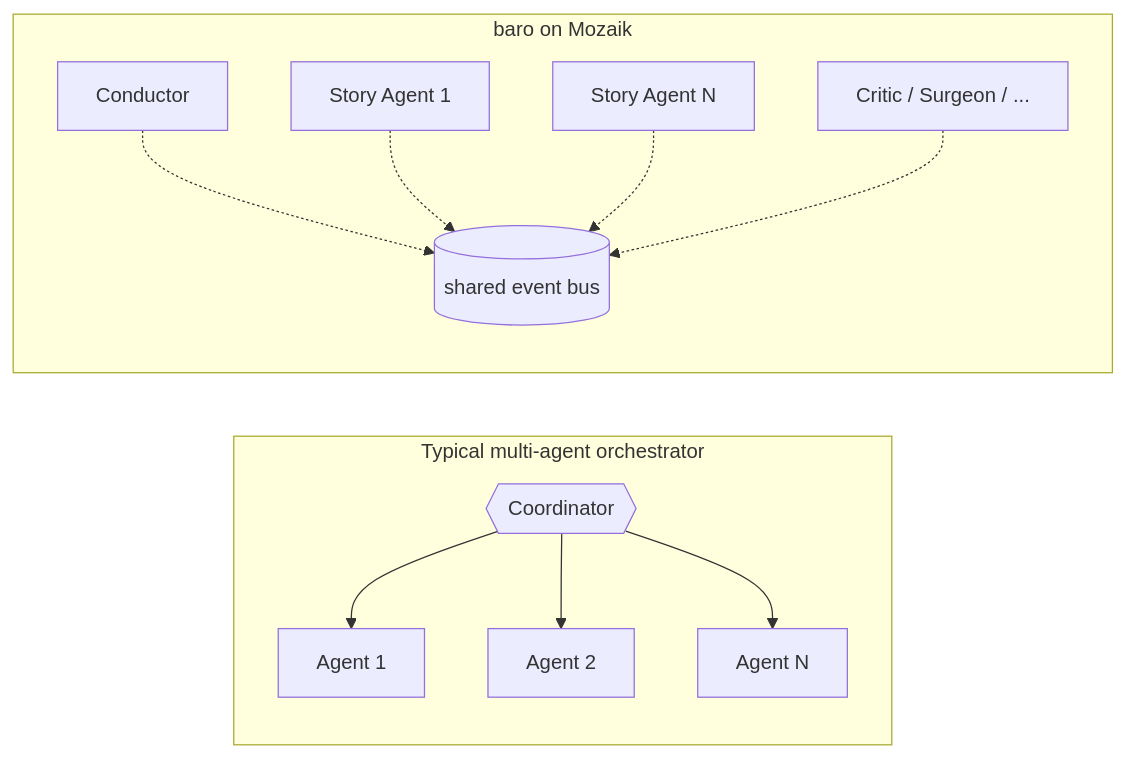
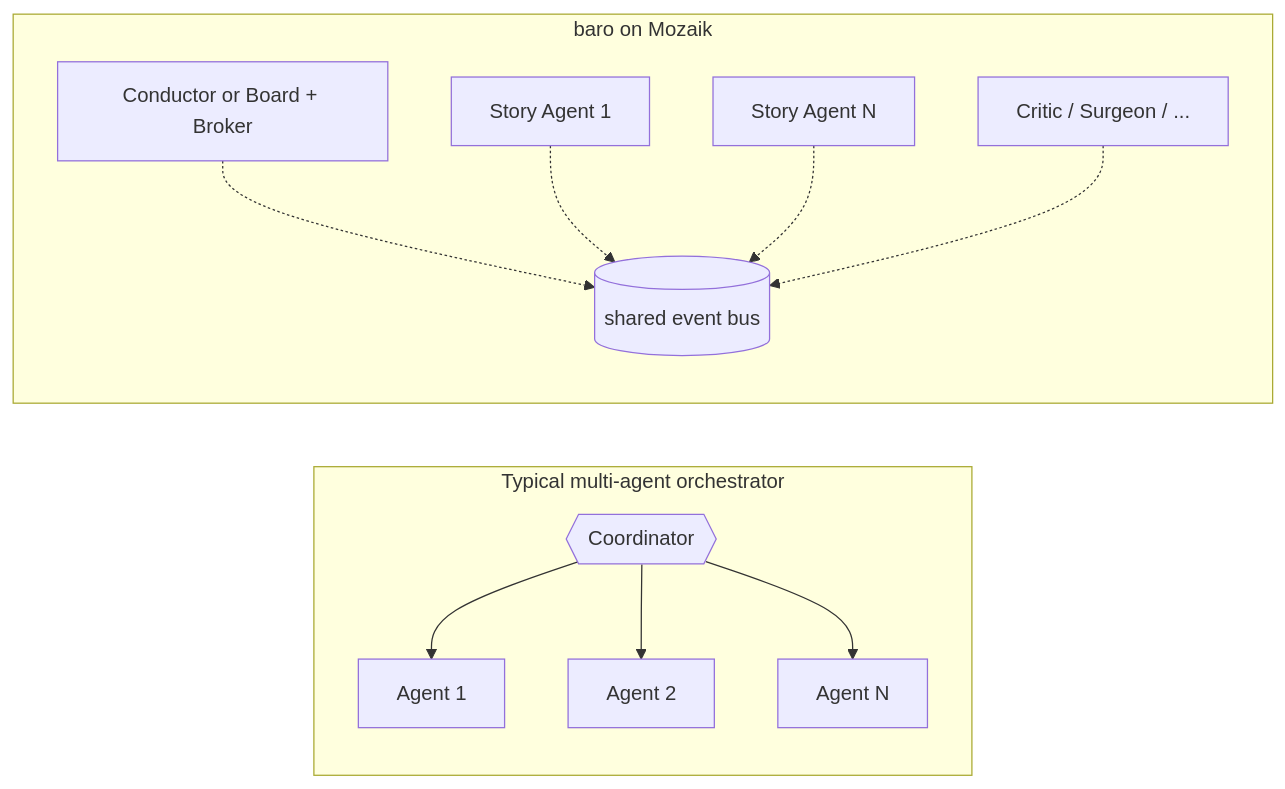
One commit to jigjoy-ai/baro changed the second of 2 diagrams in README.md. Above: the diagram before and after it, drawn with Mermaid. The commit also changed other lines of this file and 171 other files, not shown here.

````diff
--- a/README.md
+++ b/README.md
@@ -188,18 +226,18 @@
 ```mermaid
 flowchart LR
     subgraph A["Typical multi-agent orchestrator"]
         direction TB
         C{{Coordinator}}
         C --> A1[Agent 1]
         C --> A2[Agent 2]
         C --> A3[Agent N]
     end
     subgraph B["baro on Mozaik"]
         direction TB
         Bus[(shared event bus)]
-        P1[Conductor] -.-> Bus
+        P1[Conductor or Board + Broker] -.-> Bus
         P2[Story Agent 1] -.-> Bus
         P3[Story Agent N] -.-> Bus
         P4[Critic / Surgeon / ...] -.-> Bus
     end
 ```
````
